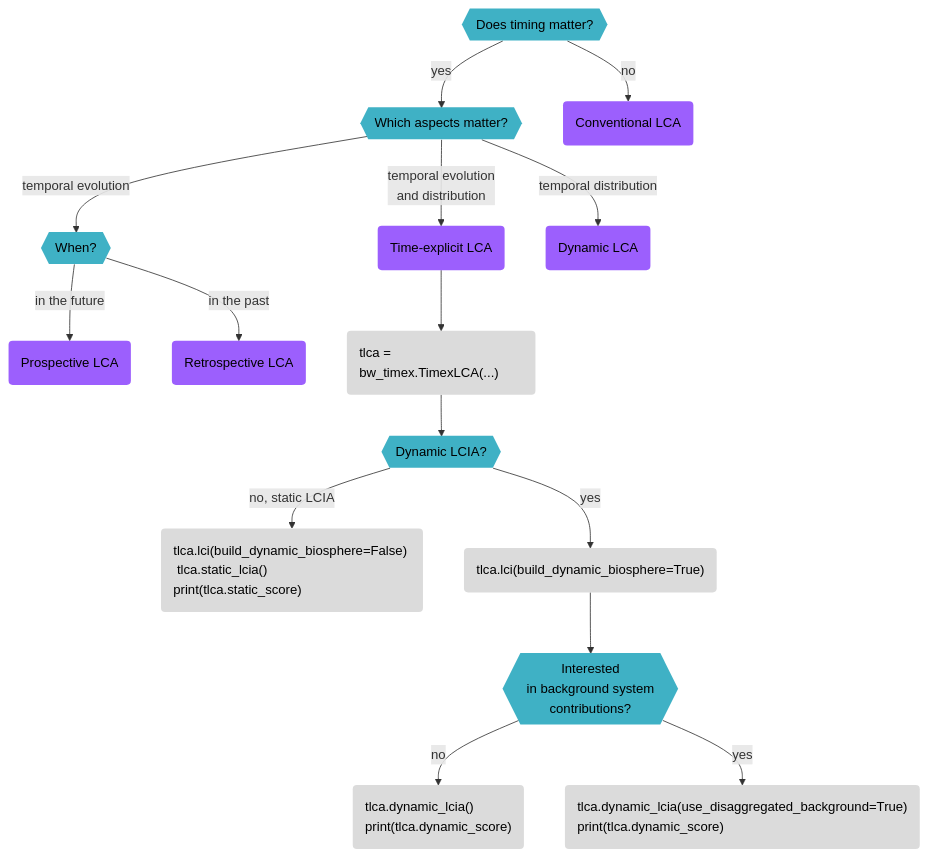
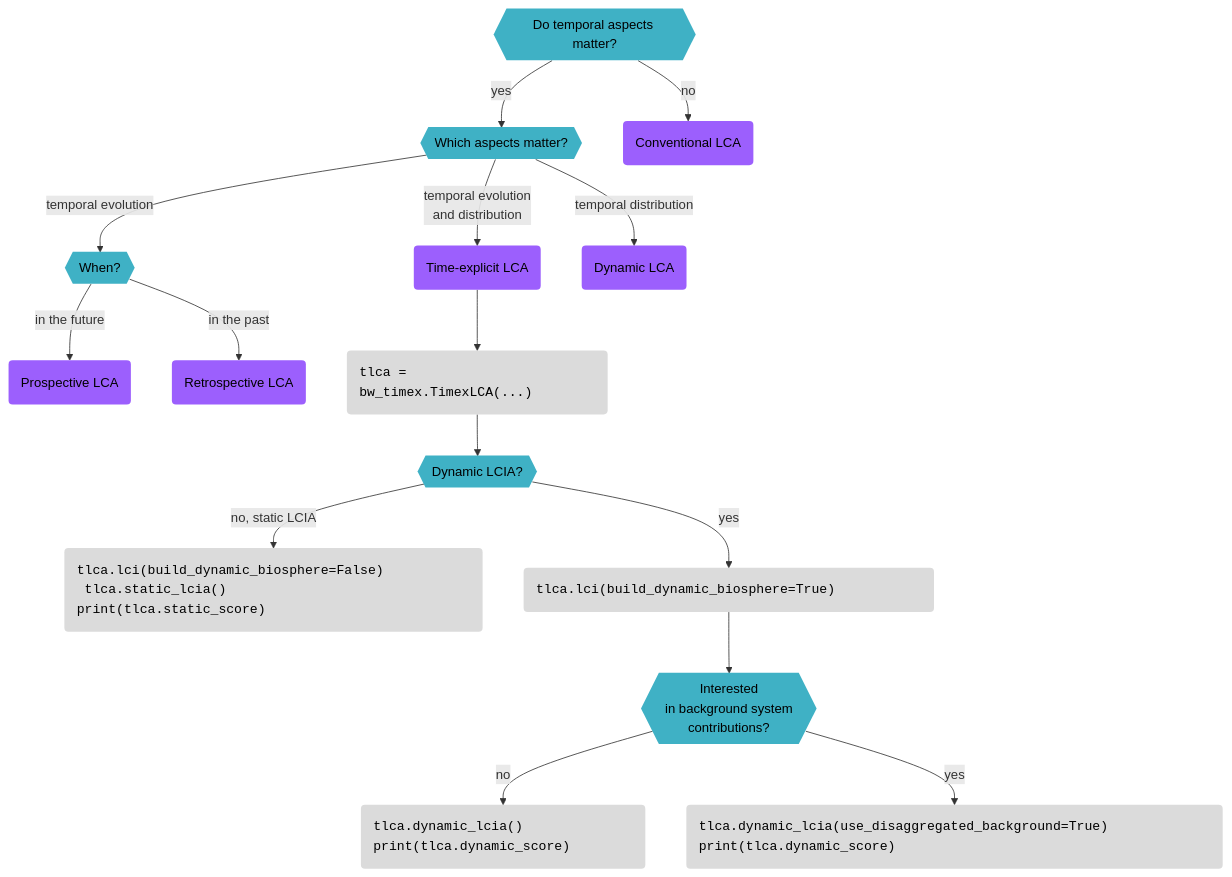
One commit to brightway-lca/bw_timex changed the diagram in docs/content/decisiontree.md. Above: the diagram before and after it, drawn with Mermaid.

Commit message:
change code to mono-spaced font

````diff
--- a/docs/content/decisiontree.md
+++ b/docs/content/decisiontree.md
@@ -5,39 +5,42 @@
 ```{mermaid}
 flowchart TD
     %% Define node classes
     classDef decision fill:#3fb1c5,color:black,stroke:none;
     classDef lcaType fill:#9c5ffd,color:black,stroke:none;
-    classDef codeNode fill:#DBDBDB,text-align:left,color:black,stroke:none;
+    classDef codeNode fill:#DBDBDB,text-align:left,color:black,stroke:none,font-family:monospace; 
 
-    TimingDecision{{"Does timing matter?"}}:::decision
+    TimingDecision{{"Do temporal aspects matter?"}}:::decision
     AspectDecision{{"Which aspects matter?"}}:::decision
     ConventionalLCA("Conventional LCA"):::lcaType
     WhenDecision{{"When?"}}:::decision
     ProspectiveLCA("Prospective LCA"):::lcaType
     RetrospectiveLCA("Retrospective LCA"):::lcaType
     TimeExplicitLCA("Time-explicit LCA"):::lcaType
-    CodeTimeExplicit("tlca = bw_timex.TimexLCA(...)"):::codeNode
+    CodeTimeExplicit("tlca = bw_timex.TimexLCA(...)&nbsp;&nbsp;&nbsp;&nbsp;&nbsp;&nbsp;&nbsp;&nbsp;"):::codeNode  
+    %%non-breaking space used to make boxes wide enough for mono-spaced font, otherwise cut off.
     DynamicLCA("Dynamic LCA"):::lcaType
     DynamicLCIADecision{{"Dynamic LCIA?"}}:::decision
-    CodeStaticLCIA("tlca.lci(build_dynamic_biosphere=False) \n tlca.static_lcia()\nprint(tlca.static_score)"):::codeNode
-    CodeDynamicLCI("tlca.lci(build_dynamic_biosphere=True)"):::codeNode
+    CodeStaticLCIA("tlca.lci(build_dynamic_biosphere=False)&nbsp;&nbsp;&nbsp;&nbsp;&nbsp;&nbsp;&nbsp;&nbsp;&nbsp;&nbsp;&nbsp;\n tlca.static_lcia()\nprint(tlca.static_score)"):::codeNode
+    CodeDynamicLCI("tlca.lci(build_dynamic_biosphere=True)&nbsp;&nbsp;&nbsp;&nbsp;&nbsp;&nbsp;&nbsp;&nbsp;&nbsp;&nbsp;&nbsp;"):::codeNode
     BackgroundDecision{{"Interested \n in background system \n contributions?"}}:::decision
-    CodeDynamicLCIA("tlca.dynamic_lcia()\nprint(tlca.dynamic_score)"):::codeNode
-    CodeDisaggregatedLCIA("tlca.dynamic_lcia(use_disaggregated_background=True)\nprint(tlca.dynamic_score)"):::codeNode
+    CodeDynamicLCIA("tlca.dynamic_lcia()\nprint(tlca.dynamic_score)&nbsp;&nbsp;&nbsp;&nbsp;&nbsp;&nbsp;&nbsp;&nbsp;"):::codeNode
+    CodeDisaggregatedLCIA("tlca.dynamic_lcia(use_disaggregated_background=True)&nbsp;&nbsp;&nbsp;&nbsp;&nbsp;&nbsp;&nbsp;&nbsp;&nbsp;&nbsp;&nbsp;&nbsp;&nbsp;\nprint(tlca.dynamic_score)"):::codeNode
+
+
 
     %% Define connections
     TimingDecision -- "yes" --> AspectDecision
     TimingDecision -- "no" --> ConventionalLCA
     AspectDecision -- "temporal evolution" --> WhenDecision
     AspectDecision -- "temporal distribution" --> DynamicLCA
     AspectDecision -- "temporal evolution \n and distribution" --> TimeExplicitLCA
     WhenDecision -- "in the future" --> ProspectiveLCA
     WhenDecision -- "in the past" --> RetrospectiveLCA
     TimeExplicitLCA --> CodeTimeExplicit
     CodeTimeExplicit --> DynamicLCIADecision
     DynamicLCIADecision -- "no, static LCIA" --> CodeStaticLCIA
     DynamicLCIADecision -- "yes" --> CodeDynamicLCI
     CodeDynamicLCI --> BackgroundDecision
     BackgroundDecision -- "no" --> CodeDynamicLCIA
     BackgroundDecision -- "yes" --> CodeDisaggregatedLCIA
 ```
````
